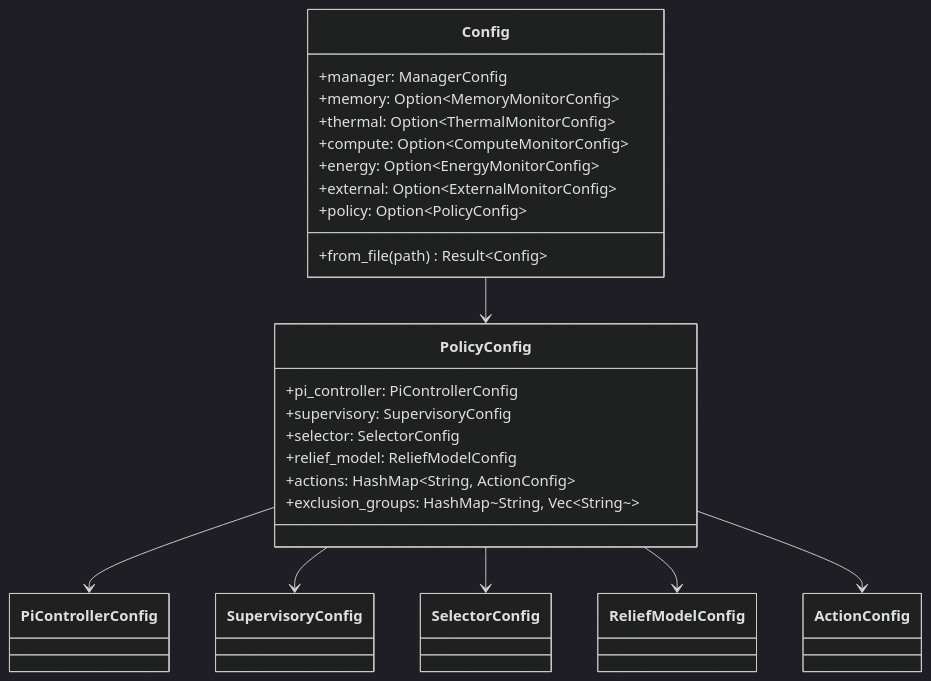
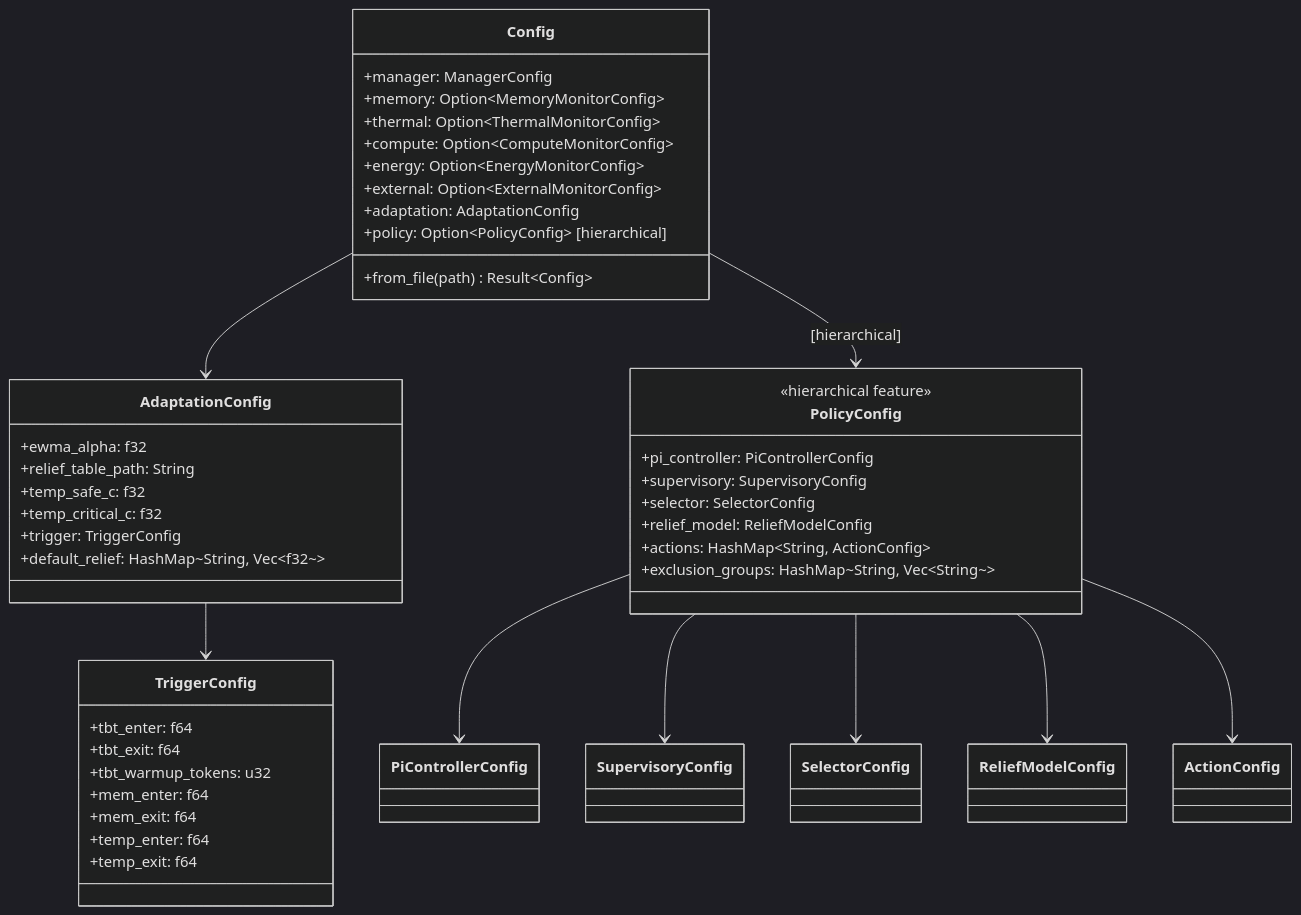
One commit to hedone21/llm_rs2 changed the first of 2 diagrams in arch/23-manager-data.md. Above: the diagram before and after it, drawn with Mermaid (dark theme). The commit also changed other lines of this file and 3 other files, not shown here.

First line of the commit message:
docs(arch): update Manager architecture for LuaPolicy as default policy

````diff
--- a/arch/23-manager-data.md
+++ b/arch/23-manager-data.md
@@ -18,27 +19,48 @@
 ```mermaid
 classDiagram
     class Config {
         +manager: ManagerConfig
         +memory: Option~MemoryMonitorConfig~
         +thermal: Option~ThermalMonitorConfig~
         +compute: Option~ComputeMonitorConfig~
         +energy: Option~EnergyMonitorConfig~
         +external: Option~ExternalMonitorConfig~
-        +policy: Option~PolicyConfig~
+        +adaptation: AdaptationConfig
+        +policy: Option~PolicyConfig~ [hierarchical]
         +from_file(path) Result~Config~
     }
+    class AdaptationConfig {
+        +ewma_alpha: f32
+        +relief_table_path: String
+        +temp_safe_c: f32
+        +temp_critical_c: f32
+        +trigger: TriggerConfig
+        +default_relief: HashMap~String, Vec~f32~~
+    }
+    class TriggerConfig {
+        +tbt_enter: f64
+        +tbt_exit: f64
+        +tbt_warmup_tokens: u32
+        +mem_enter: f64
+        +mem_exit: f64
+        +temp_enter: f64
+        +temp_exit: f64
+    }
     class PolicyConfig {
+        <<hierarchical feature>>
         +pi_controller: PiControllerConfig
         +supervisory: SupervisoryConfig
         +selector: SelectorConfig
         +relief_model: ReliefModelConfig
         +actions: HashMap~String, ActionConfig~
         +exclusion_groups: HashMap~String, Vec~String~~
     }
-    Config --> PolicyConfig
+    Config --> AdaptationConfig
+    AdaptationConfig --> TriggerConfig
+    Config --> PolicyConfig : [hierarchical]
     PolicyConfig --> PiControllerConfig
     PolicyConfig --> SupervisoryConfig
     PolicyConfig --> SelectorConfig
     PolicyConfig --> ReliefModelConfig
     PolicyConfig --> ActionConfig
 ```
````
